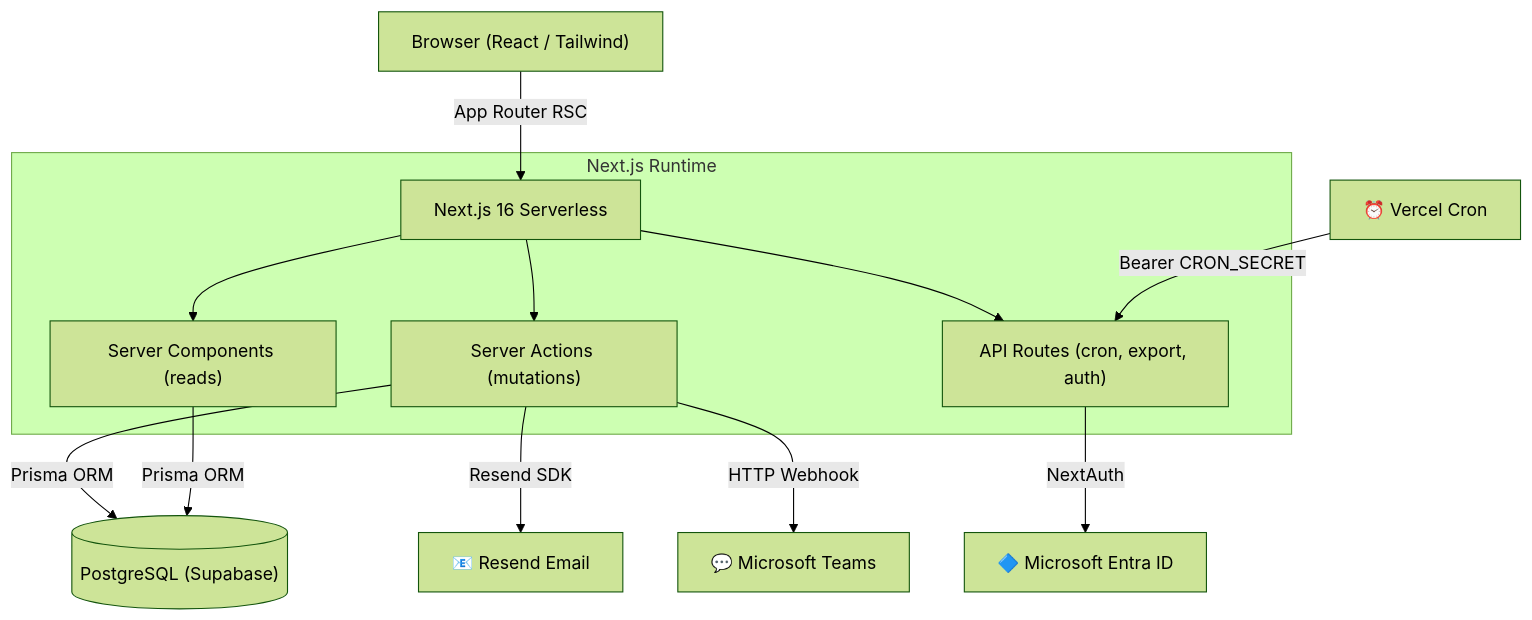
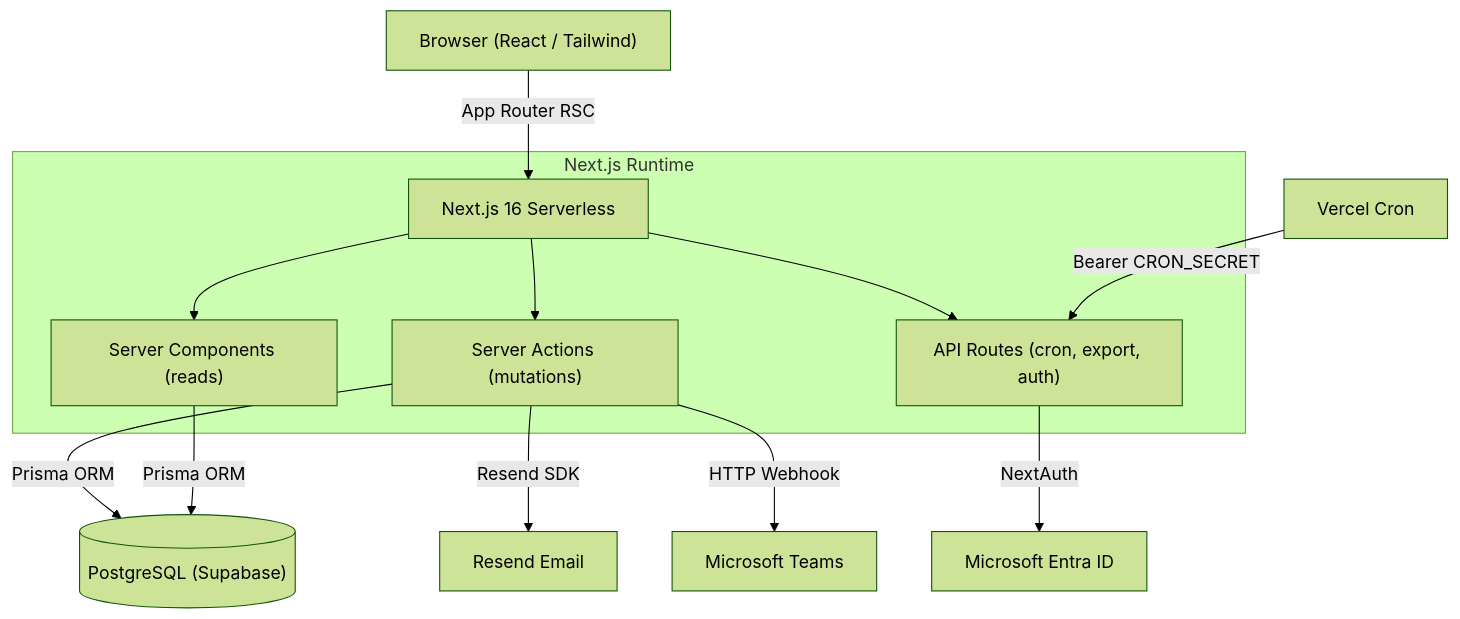
One commit to Shubh-Raj/Cadence changed the first of 4 diagrams in README.md. Above: the diagram before and after it, drawn with Mermaid (forest theme). The commit also changed other lines of this file and 1 other file, not shown here.

````diff
--- a/README.md
+++ b/README.md
@@ -155,17 +148,17 @@
 ```mermaid
 graph TD
     Browser["Browser (React / Tailwind)"] -->|App Router RSC| NextJS["Next.js 16 Serverless"]
 
     subgraph "Next.js Runtime"
         NextJS --> SA["Server Actions (mutations)"]
         NextJS --> RSC["Server Components (reads)"]
         NextJS --> API["API Routes (cron, export, auth)"]
     end
 
     SA -->|Prisma ORM| DB[("PostgreSQL (Supabase)")]
     RSC -->|Prisma ORM| DB
-    SA -->|Resend SDK| Email["📧 Resend Email"]
-    SA -->|HTTP Webhook| Teams["💬 Microsoft Teams"]
-    API -->|NextAuth| Entra["🔷 Microsoft Entra ID"]
-    Cron["⏰ Vercel Cron"] -->|Bearer CRON_SECRET| API
+    SA -->|Resend SDK| Email["Resend Email"]
+    SA -->|HTTP Webhook| Teams["Microsoft Teams"]
+    API -->|NextAuth| Entra["Microsoft Entra ID"]
+    Cron["Vercel Cron"] -->|Bearer CRON_SECRET| API
 ```
````
